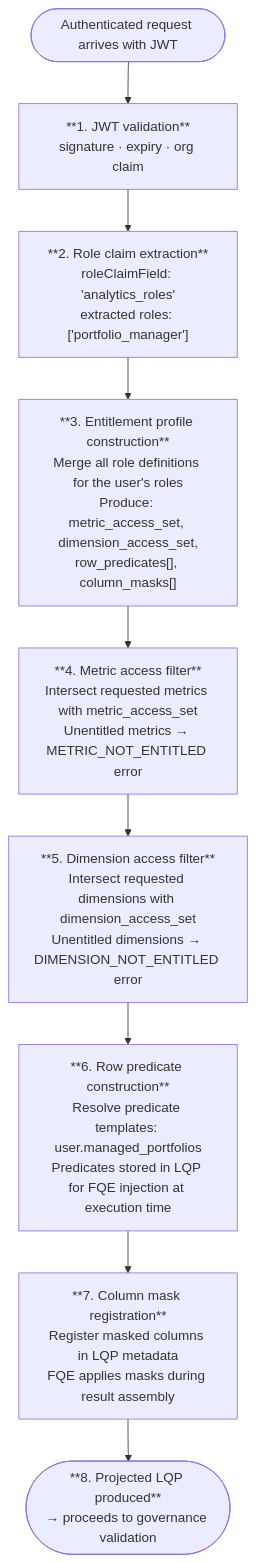
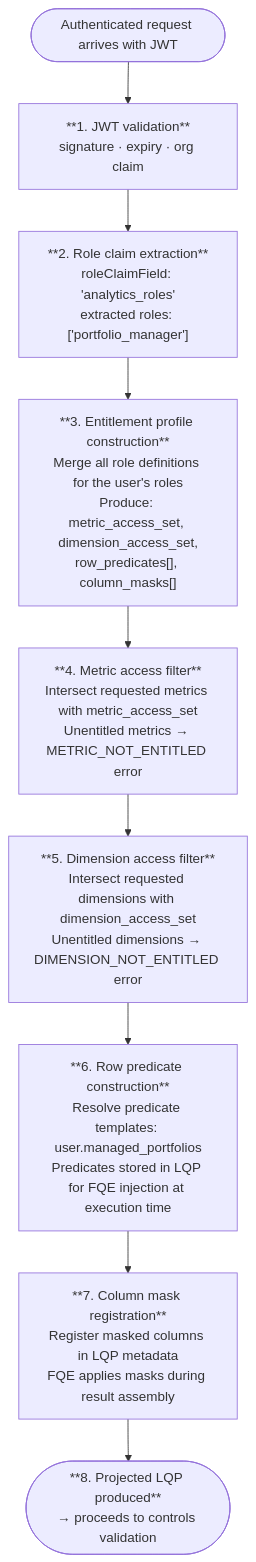
The fourth of 6 diagrams in docs/product/analytics/02-core-capabilities.md (M-A-Operating-System/shared-work), drawn with Mermaid before and after one commit. The commit also changed other lines of this file, not shown here.

````diff
--- a/docs/product/analytics/02-core-capabilities.md
+++ b/docs/product/analytics/02-core-capabilities.md
@@ -545,14 +545,14 @@
 ```mermaid
 flowchart TD
     START(["Authenticated request arrives with JWT"])
     S1["**1. JWT validation**\nsignature · expiry · org claim"]
     S2["**2. Role claim extraction**\nroleClaimField: 'analytics_roles'\nextracted roles: ['portfolio_manager']"]
     S3["**3. Entitlement profile construction**\nMerge all role definitions for the user's roles\nProduce: metric_access_set, dimension_access_set,\nrow_predicates[], column_masks[]"]
     S4["**4. Metric access filter**\nIntersect requested metrics with metric_access_set\nUnentitled metrics → METRIC_NOT_ENTITLED error"]
     S5["**5. Dimension access filter**\nIntersect requested dimensions with dimension_access_set\nUnentitled dimensions → DIMENSION_NOT_ENTITLED error"]
     S6["**6. Row predicate construction**\nResolve predicate templates: user.managed_portfolios\nPredicates stored in LQP for FQE injection at execution time"]
     S7["**7. Column mask registration**\nRegister masked columns in LQP metadata\nFQE applies masks during result assembly"]
-    S8(["**8. Projected LQP produced**\n→ proceeds to governance validation"])
+    S8(["**8. Projected LQP produced**\n→ proceeds to controls validation"])
 
     START --> S1 --> S2 --> S3 --> S4 --> S5 --> S6 --> S7 --> S8
 ```
````
